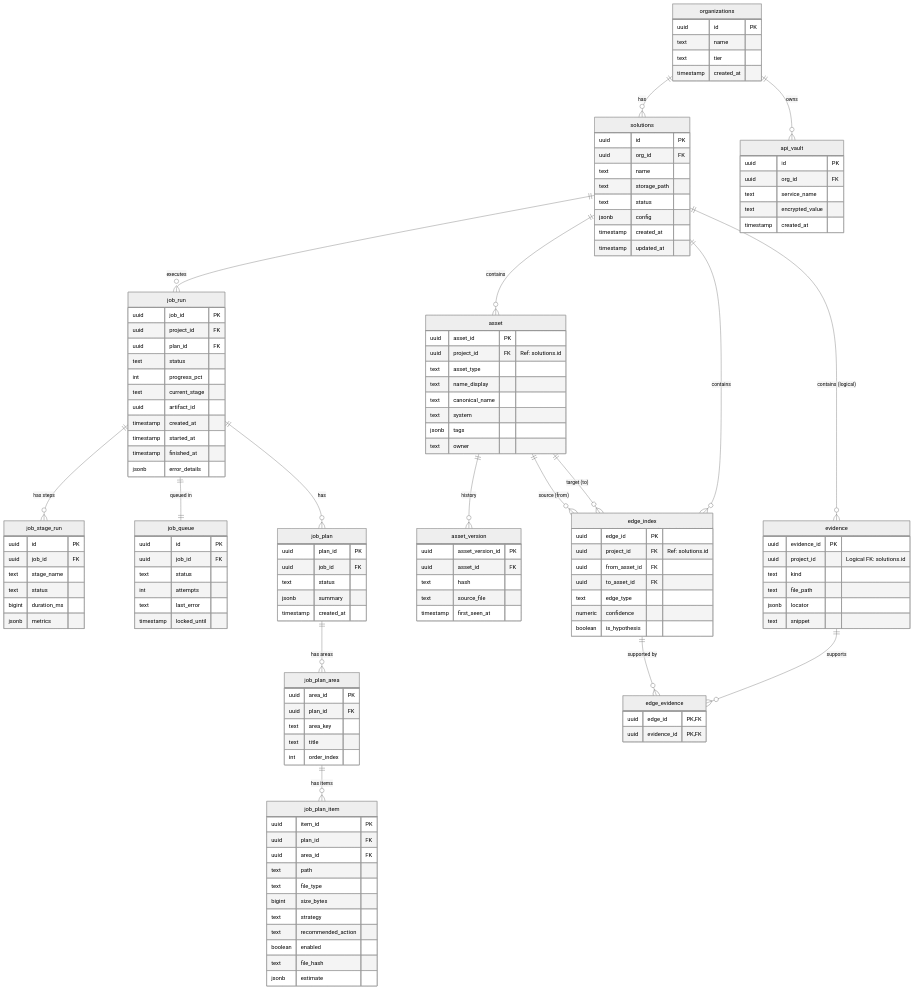
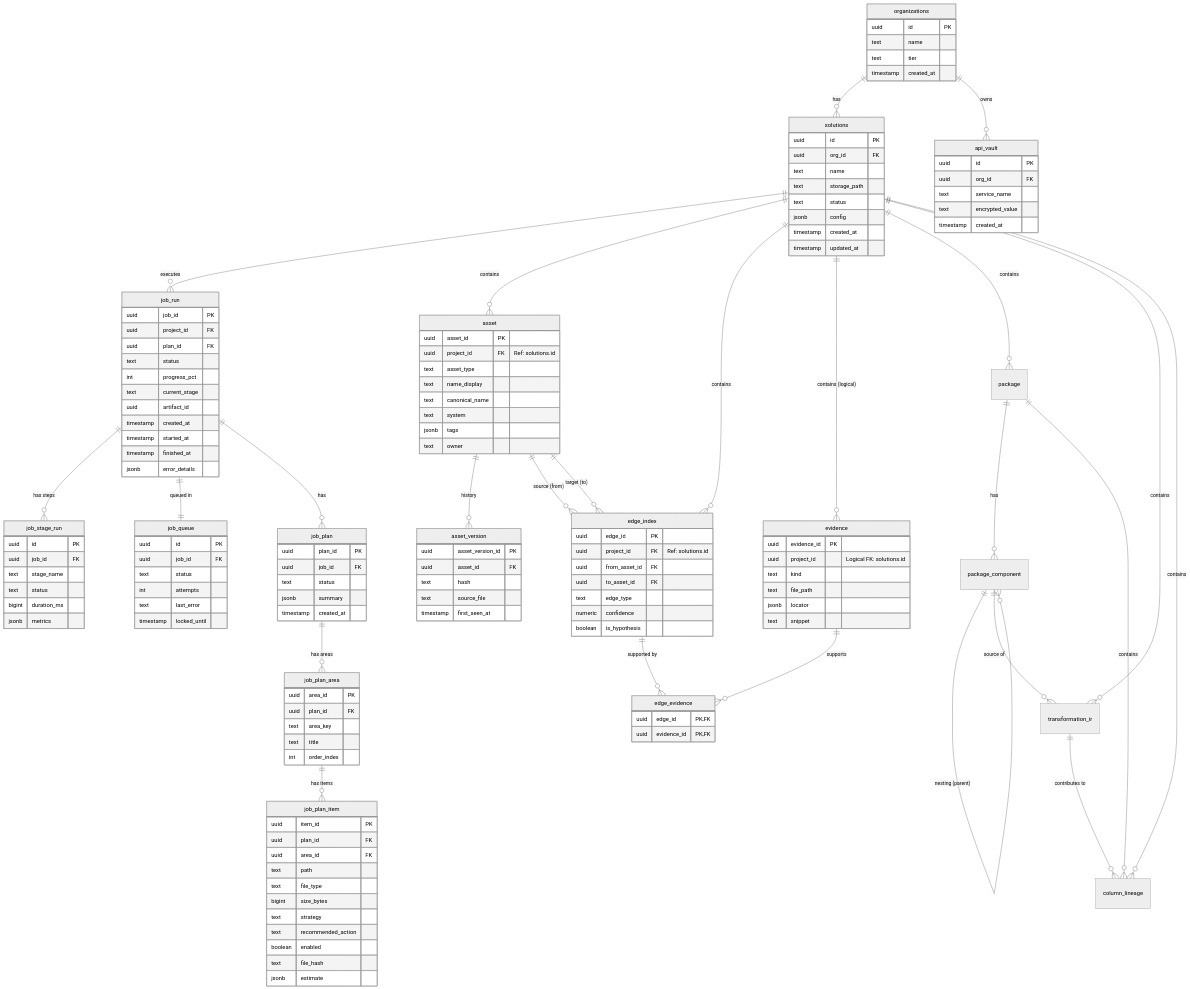
Before and after one commit to rbugari/discoverAI1: the diagram in docs/DATABASE_SCHEMA.md, drawn with Mermaid (neutral theme). The commit also changed other lines of this file and 26 other files, not shown here.

Commit message:
feat: implement v4.0 Deep Understanding - Package Deep Dive, Column-Lineage, Silent Mode, and documentation updates

```diff
--- a/docs/DATABASE_SCHEMA.md
+++ b/docs/DATABASE_SCHEMA.md
@@ -13,6 +13,9 @@
     solutions ||--o{ asset : "contains"
     solutions ||--o{ edge_index : "contains"
     solutions ||--o{ evidence : "contains (logical)"
+    solutions ||--o{ package : "contains"
+    solutions ||--o{ transformation_ir : "contains"
+    solutions ||--o{ column_lineage : "contains"
 
     %% Execution
     job_run ||--o{ job_stage_run : "has steps"
@@ -30,6 +33,13 @@
     
     edge_index ||--o{ edge_evidence : "supported by"
     evidence ||--o{ edge_evidence : "supports"
+
+    %% v4.0 Deep Dive
+    package ||--o{ package_component : "has"
+    package_component ||--o{ package_component : "nesting (parent)"
+    package_component ||--o{ transformation_ir : "source of"
+    transformation_ir ||--o{ column_lineage : "contributes to"
+    package ||--o{ column_lineage : "contains"
 
     %% Definitions
     organizations {
```
